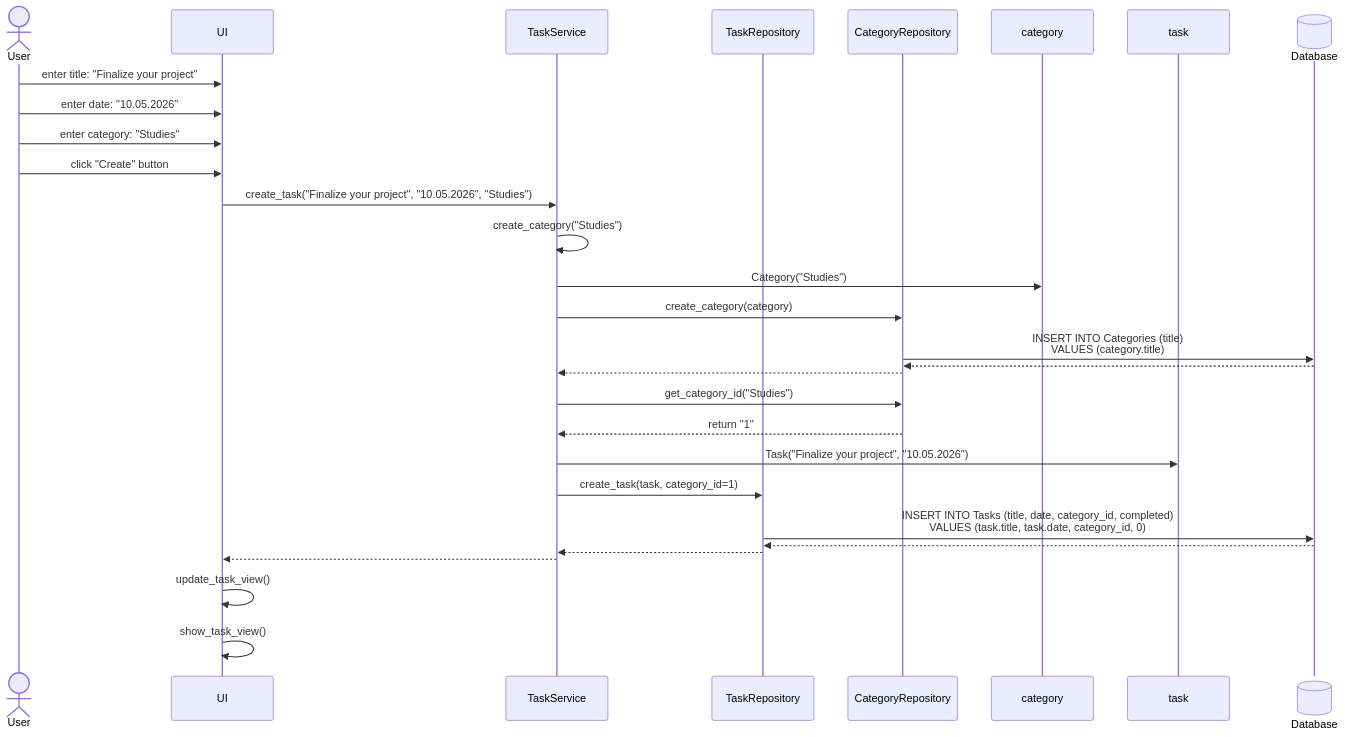
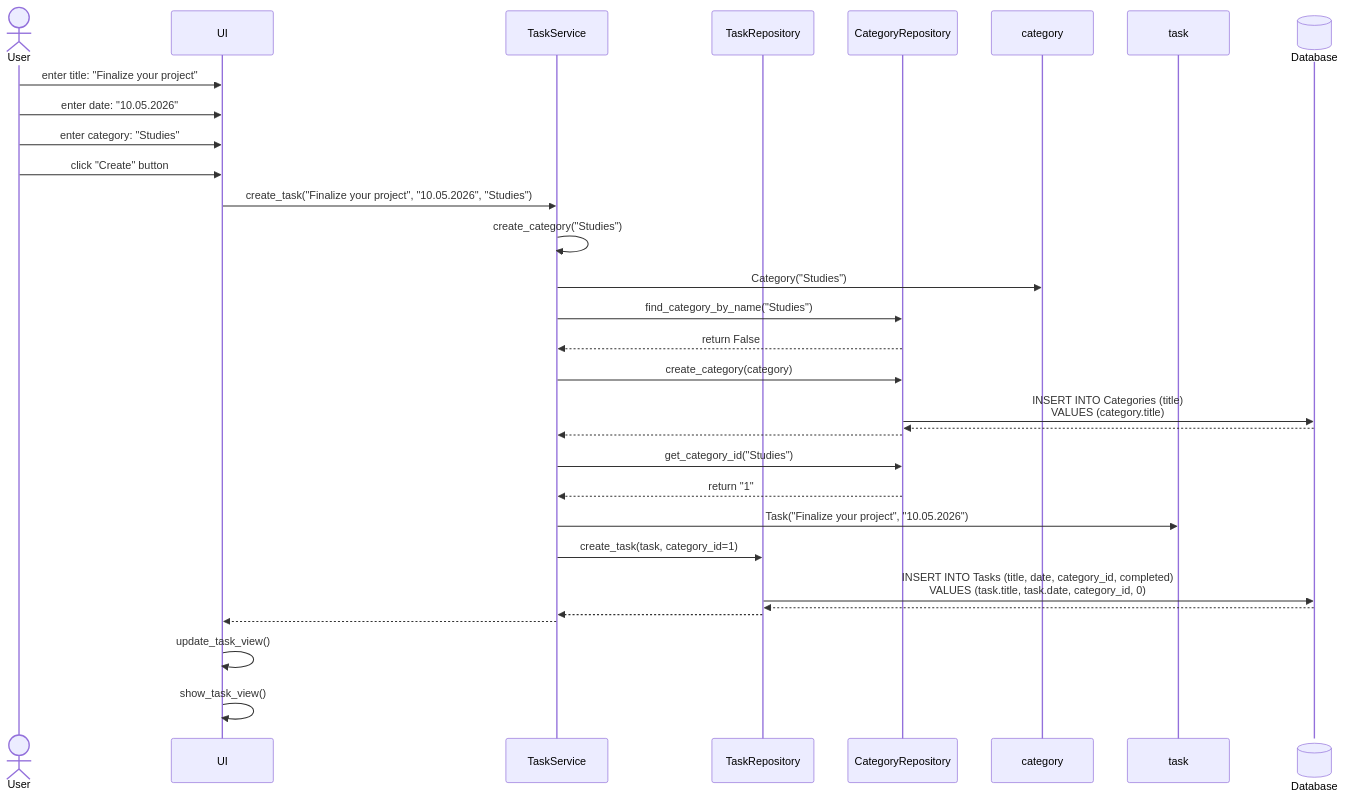
One commit to eesalor/ot-harjoitustyo changed the third of 4 diagrams in dokumentaatio/arkkitehtuuri.md. Above: the diagram before and after it, drawn with Mermaid.

Commit message:
Update sequence diagram for task creation with category

````diff
--- a/dokumentaatio/arkkitehtuuri.md
+++ b/dokumentaatio/arkkitehtuuri.md
@@ -94,33 +94,35 @@
 ```mermaid
 sequenceDiagram
   actor User
   participant UI
   participant TaskService
   participant TaskRepository
   participant CategoryRepository
   participant category
   participant task
   participant Database@{ "type" : "database" }
 
   User->>UI: enter title: "Finalize your project"
   User->>UI: enter date: "10.05.2026"
   User->>UI: enter category: "Studies"
   User->>UI: click "Create" button
   UI->>TaskService: create_task("Finalize your project", "10.05.2026", "Studies")
   TaskService->>TaskService: create_category("Studies")
   TaskService->>category: Category("Studies")
+  TaskService->>CategoryRepository: find_category_by_name("Studies")
+  CategoryRepository-->>TaskService: return False
   TaskService->>CategoryRepository: create_category(category)
   CategoryRepository->>Database: INSERT INTO Categories (title) <br>VALUES (category.title);
   Database-->>CategoryRepository:
   CategoryRepository-->>TaskService:
   TaskService->>CategoryRepository: get_category_id("Studies")
   CategoryRepository-->>TaskService: return "1"
   TaskService->>task: Task("Finalize your project", "10.05.2026")
   TaskService->>TaskRepository: create_task(task, category_id=1)
   TaskRepository->>Database: INSERT INTO Tasks (title, date, category_id, completed) <br/>VALUES (task.title, task.date, category_id, 0);
   Database-->>TaskRepository:
   TaskRepository-->>TaskService:
   TaskService-->>UI:
   UI->>UI: update_task_view()
   UI->>UI: show_task_view()
 ```
````
